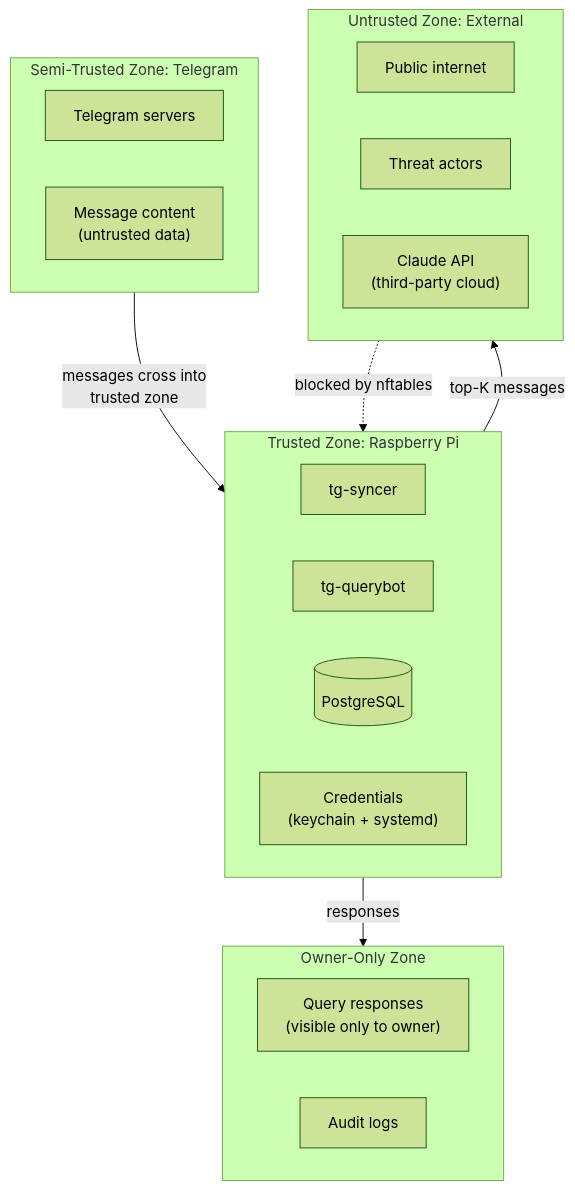
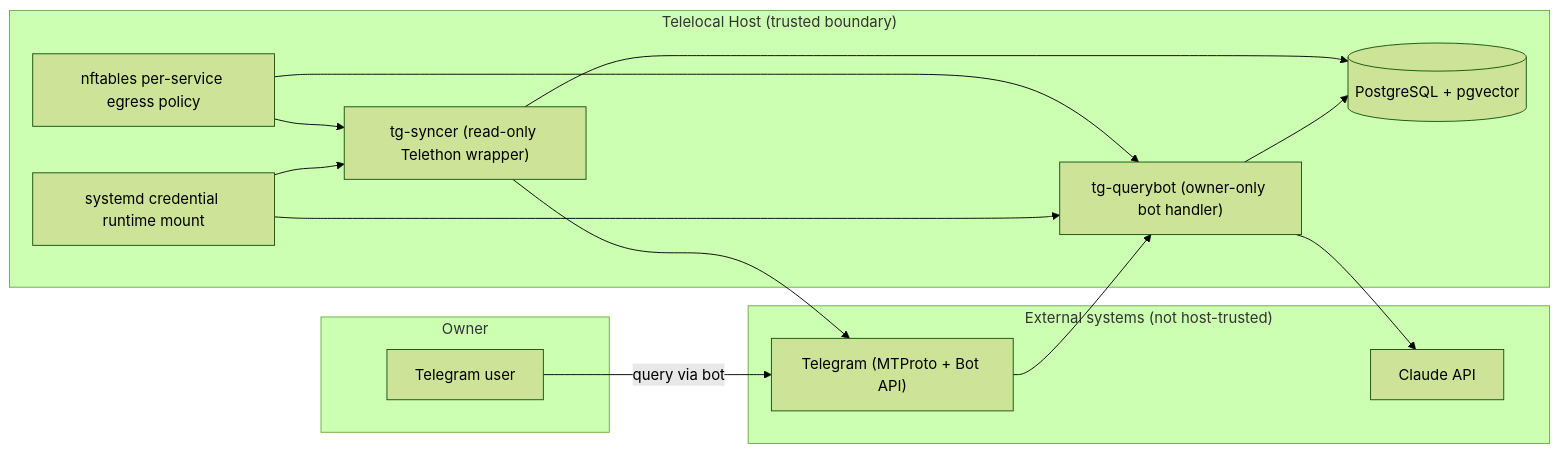
The first of 4 diagrams in tg-assistant/docs/SECURITY_MODEL.md (obheda12/telelocal), drawn with Mermaid (forest theme) before and after one commit. The commit also changed other lines of this file and 4 other files, not shown here.

Commit message:
Harden read-only wrapper and align security docs

````diff
--- a/tg-assistant/docs/SECURITY_MODEL.md
+++ b/tg-assistant/docs/SECURITY_MODEL.md
@@ -82,34 +107,30 @@
 ```mermaid
-flowchart TB
-    subgraph OwnerOnly["Owner-Only Zone"]
-        direction LR
-        QR["Query responses<br/>(visible only to owner)"]
-        AL["Audit logs"]
+flowchart LR
+    subgraph Owner["Owner"]
+        U["Telegram user"]
     end
 
-    subgraph Trusted["Trusted Zone: Raspberry Pi"]
-        direction LR
-        Syncer["tg-syncer"]
-        Bot["tg-querybot"]
-        DB[("PostgreSQL")]
-        Creds["Credentials<br/>(keychain + systemd)"]
+    subgraph Host["Telelocal Host (trusted boundary)"]
+        S["tg-syncer (read-only Telethon wrapper)"]
+        Q["tg-querybot (owner-only bot handler)"]
+        DB[("PostgreSQL + pgvector")]
+        CRED["systemd credential runtime mount"]
+        NFT["nftables per-service egress policy"]
     end
 
-    subgraph SemiTrusted["Semi-Trusted Zone: Telegram"]
-        direction LR
-        TGServers["Telegram servers"]
-        MsgContent["Message content<br/>(untrusted data)"]
+    subgraph External["External systems (not host-trusted)"]
+        TG["Telegram (MTProto + Bot API)"]
+        CL["Claude API"]
     end
 
-    subgraph Untrusted["Untrusted Zone: External"]
-        direction LR
-        Internet["Public internet"]
-        Attackers["Threat actors"]
-        CloudLLM["Claude API<br/>(third-party cloud)"]
-    end
-
-    SemiTrusted -->|"messages cross into<br/>trusted zone"| Trusted
-    Trusted -->|"top-K messages"| CloudLLM
-    Trusted -->|"responses"| OwnerOnly
-    Untrusted -.->|"blocked by nftables"| Trusted
+    U -->|"query via bot"| TG
+    TG --> Q
+    Q --> DB
+    Q --> CL
+    S --> TG
+    S --> DB
+    CRED --> S
+    CRED --> Q
+    NFT --> S
+    NFT --> Q
 ```
````
